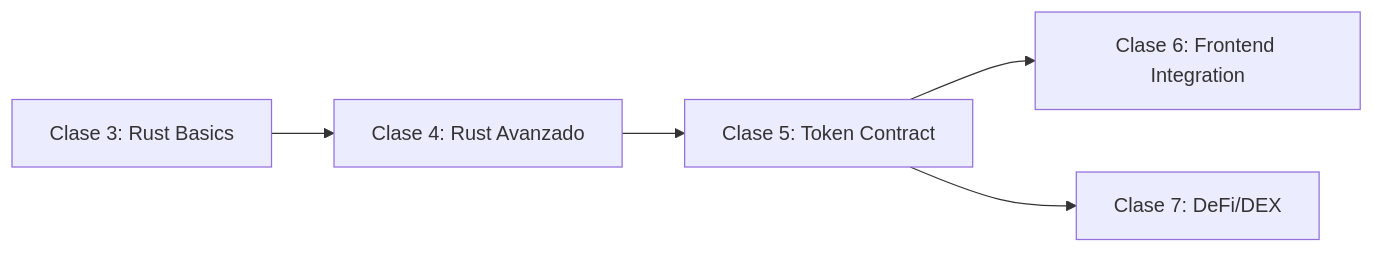
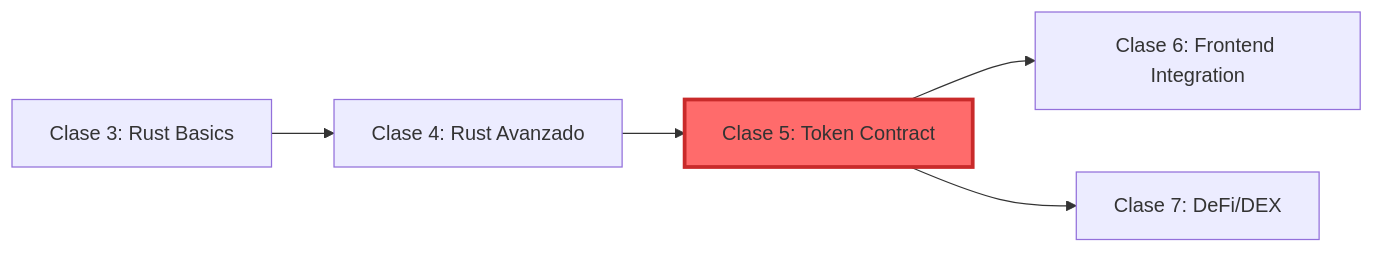
Before and after one commit to BuenDia-Builders/codigofutura: the diagram in 3er-semana-aplicacion/5-Clase/01-resumen.md, drawn with Mermaid. The commit also changed other lines of this file, not shown here.

````diff
--- a/3er-semana-aplicacion/5-Clase/01-resumen.md
+++ b/3er-semana-aplicacion/5-Clase/01-resumen.md
@@ -127,7 +160,9 @@
 ```mermaid
 graph LR
     A[Clase 3: Rust Basics] --> B[Clase 4: Rust Avanzado]
     B --> C[Clase 5: Token Contract]
     C --> D[Clase 6: Frontend Integration]
     C --> E[Clase 7: DeFi/DEX]
+    
+    style C fill:#ff6b6b,stroke:#c92a2a,stroke-width:3px
 ```
````
